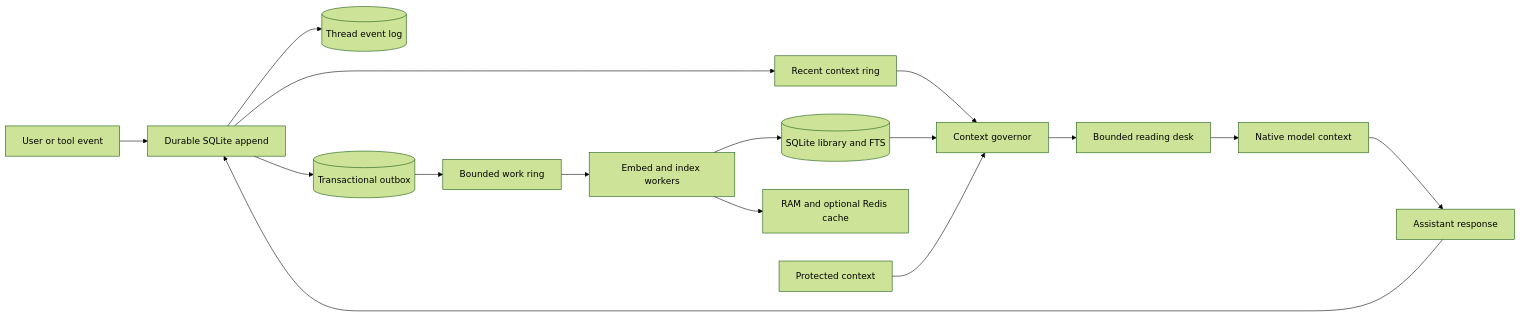
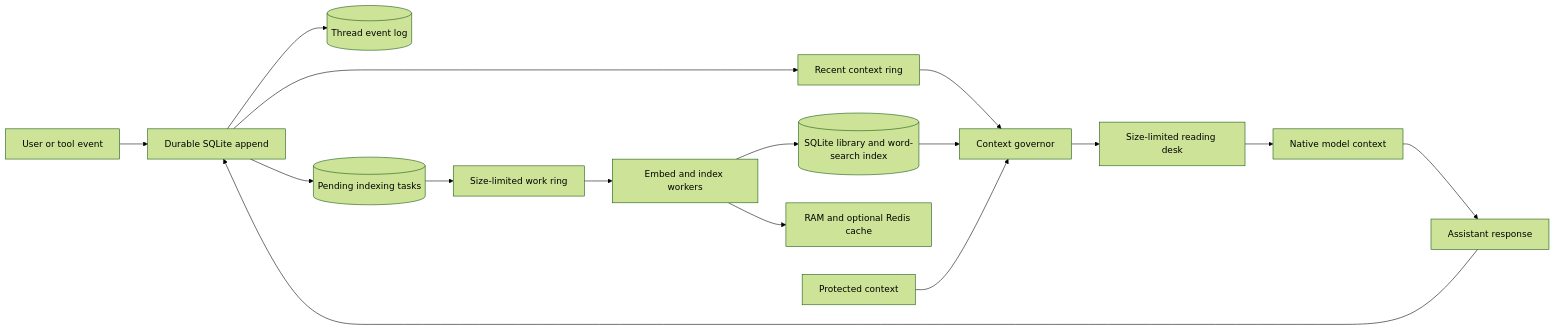
One commit to hwillGIT/library-of-context changed the diagram in README.md. Above: the diagram before and after it, drawn with Mermaid (forest theme). The commit also changed other lines of this file and 108 other files, not shown here.

````diff
--- a/README.md
+++ b/README.md
@@ -73,18 +87,18 @@
 ```mermaid
 flowchart LR
     U[User or tool event] --> A[Durable SQLite append]
     A --> E[(Thread event log)]
-    A --> O[(Transactional outbox)]
+    A --> O[(Pending indexing tasks)]
     A --> R[Recent context ring]
-    O --> W[Bounded work ring]
+    O --> W[Size-limited work ring]
     W --> I[Embed and index workers]
-    I --> S[(SQLite library and FTS)]
+    I --> S[(SQLite library and word-search index)]
     I --> C[RAM and optional Redis cache]
     R --> G[Context governor]
     S --> G
     P[Protected context] --> G
-    G --> D[Bounded reading desk]
+    G --> D[Size-limited reading desk]
     D --> M[Native model context]
     M --> X[Assistant response]
     X --> A
 ```
````
